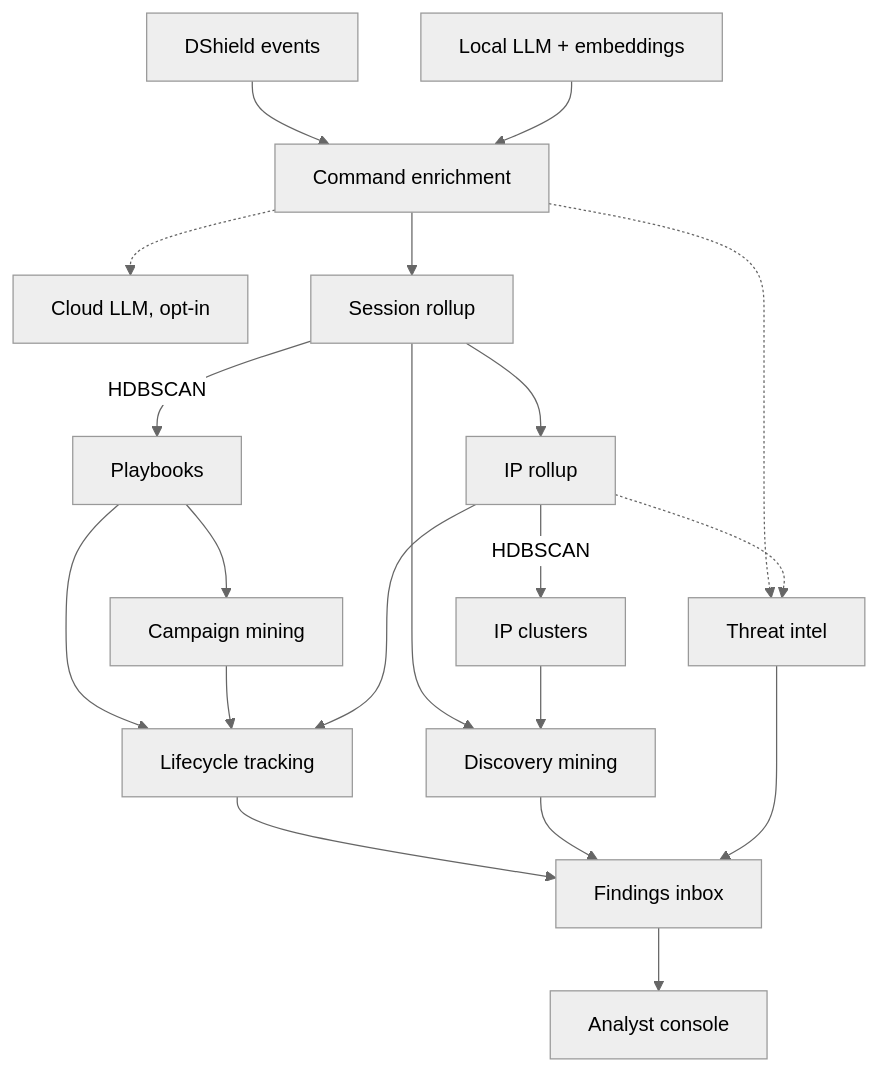
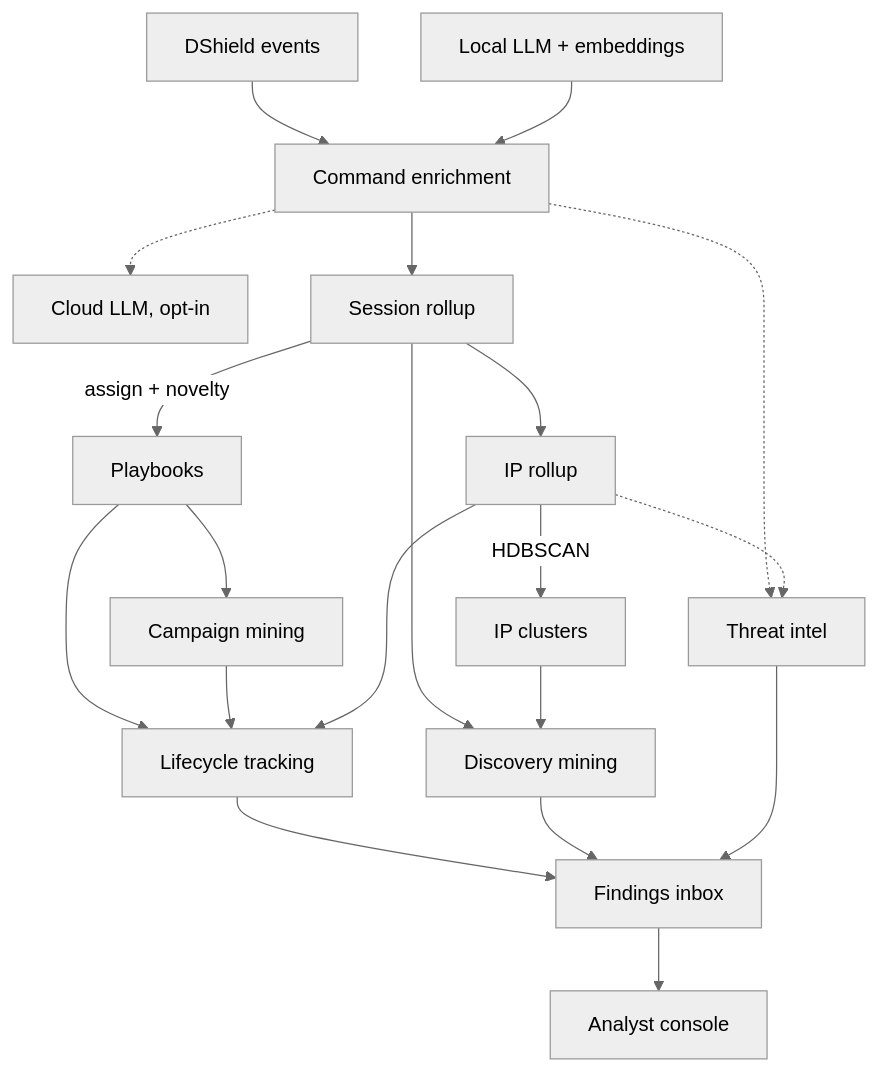
The diagram in README.md (tonysperez/dshield_prism), drawn with Mermaid (neutral theme) before and after one commit. The commit also changed other lines of this file and 18 other files, not shown here.

````diff
--- a/README.md
+++ b/README.md
@@ -82,22 +82,22 @@
 ```mermaid
 flowchart TD
     A[DShield events] --> B[Command enrichment]
     M[Local LLM + embeddings] --> B
     B -.-> X[Cloud LLM, opt-in]
     B --> C[Session rollup]
     C --> D[IP rollup]
-    C -- HDBSCAN --> E[Playbooks]
+    C -- assign + novelty --> E[Playbooks]
     D -- HDBSCAN --> F[IP clusters]
     E --> G[Campaign mining]
     B -.-> H[Threat intel]
     D -.-> H
     E --> LC[Lifecycle tracking]
     G --> LC
     D --> LC
     C --> DC[Discovery mining]
     F --> DC
     LC --> I[Findings inbox]
     DC --> I
     H --> I
     I --> J[Analyst console]
 ```
````
